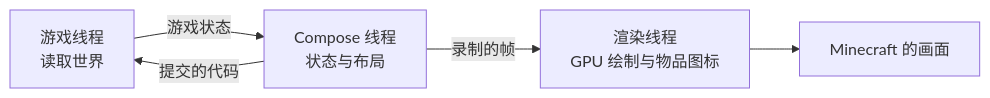
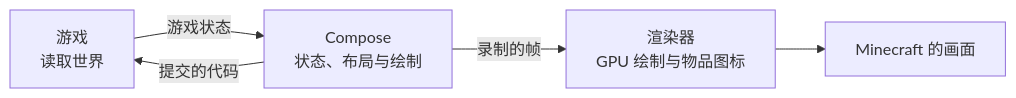
One commit to Frostbite-time/CompixelUI changed the second of 2 diagrams in docs/zh-CN/architecture.md. Above: the diagram before and after it, drawn with Mermaid. The commit also changed other lines of this file and 171 other files, not shown here.

Commit message:
Run Compose on the game thread

````diff
--- a/docs/zh-CN/architecture.md
+++ b/docs/zh-CN/architecture.md
@@ -57,7 +57,7 @@
 ```mermaid
 flowchart LR
-    game["游戏线程<br/>读取世界"] -- 游戏状态 --> compose["Compose 线程<br/>状态与布局"]
+    game["游戏<br/>读取世界"] -- 游戏状态 --> compose["Compose<br/>状态、布局与绘制"]
     compose -- 提交的代码 --> game
-    compose -- 录制的帧 --> gpu["渲染线程<br/>GPU 绘制与物品图标"]
+    compose -- 录制的帧 --> gpu["渲染器<br/>GPU 绘制与物品图标"]
     gpu --> frame["Minecraft 的画面"]
 ```
````
